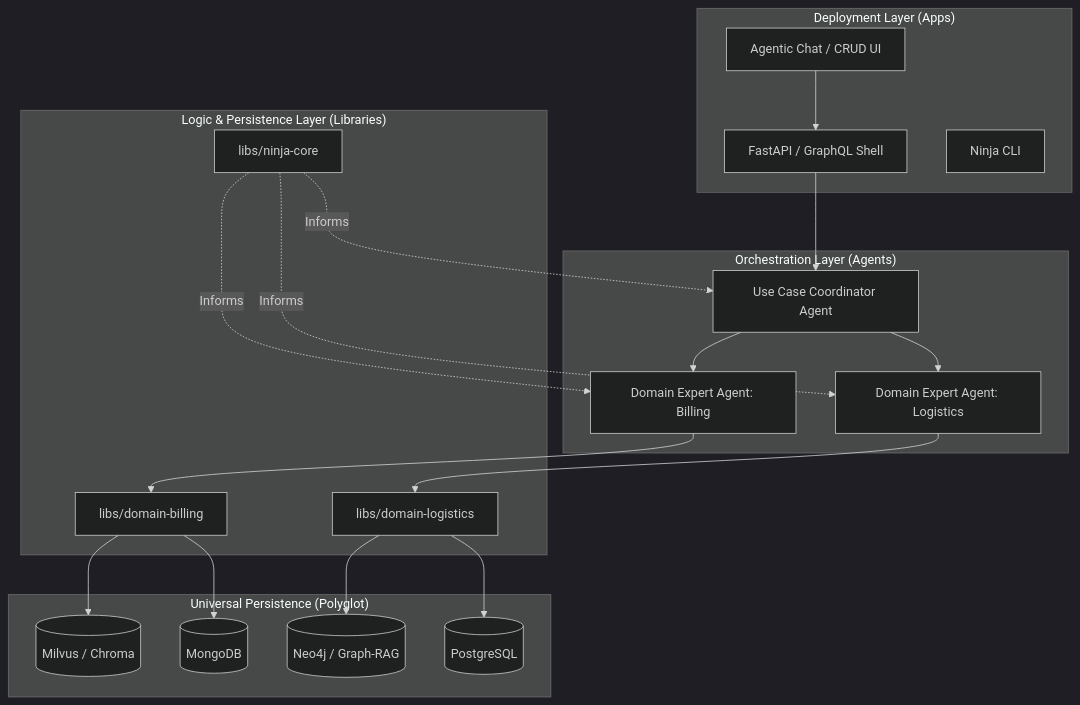
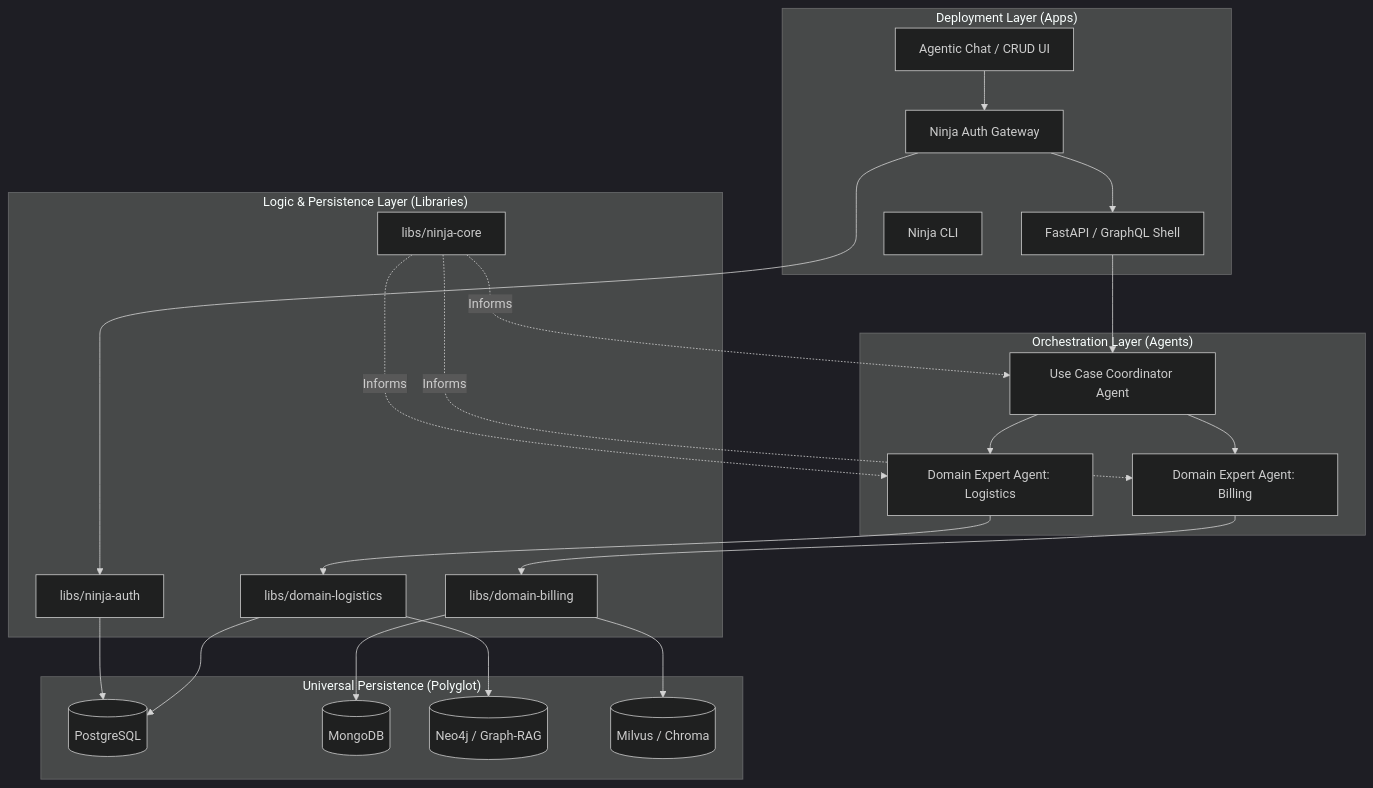
One commit to codeninja/agentic-backend changed the diagram in docs/architecture.md. Above: the diagram before and after it, drawn with Mermaid (dark theme). The commit also changed other lines of this file, not shown here.

Commit message:
feat: add Ninja Auth Gateway architecture and Milestone 5 to the blueprint

````diff
--- a/docs/architecture.md
+++ b/docs/architecture.md
@@ -12,45 +12,51 @@
 ```mermaid
 graph TD
     subgraph "Deployment Layer (Apps)"
         UI[Agentic Chat / CRUD UI]
         API[FastAPI / GraphQL Shell]
+        AuthGate[Ninja Auth Gateway]
         CLI[Ninja CLI]
     end
 
     subgraph "Orchestration Layer (Agents)"
         Coordinator[Use Case Coordinator Agent]
         DomainA[Domain Expert Agent: Logistics]
         DomainB[Domain Expert Agent: Billing]
     end
 
     subgraph "Logic & Persistence Layer (Libraries)"
+        LibAuth[libs/ninja-auth]
         LibA[libs/domain-logistics]
         LibB[libs/domain-billing]
         Core[libs/ninja-core]
     end
 
     subgraph "Universal Persistence (Polyglot)"
         SQL[(PostgreSQL)]
         NoSQL[(MongoDB)]
         Graph[(Neo4j / Graph-RAG)]
         Vector[(Milvus / Chroma)]
     end
 
     %% Flow
-    UI --> API
+    UI --> AuthGate
+    AuthGate --> API
     API --> Coordinator
     Coordinator --> DomainA
     Coordinator --> DomainB
+    
+    AuthGate --> LibAuth
+    LibAuth --> SQL
     
     DomainA --> LibA
     DomainB --> LibB
     
     LibA --> SQL
     LibA --> Graph
     LibB --> NoSQL
     LibB --> Vector
     
     Core -.-> |Informs| Coordinator
     Core -.-> |Informs| DomainA
     Core -.-> |Informs| DomainB
 ```
````
